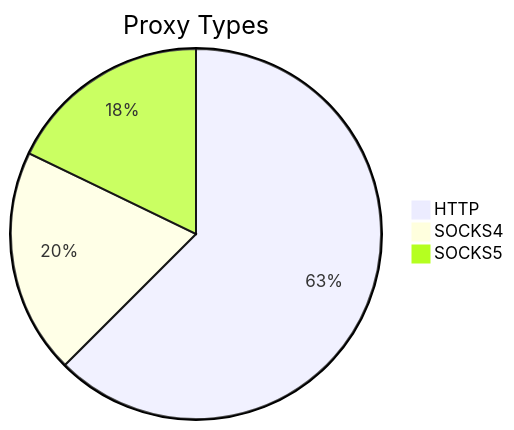
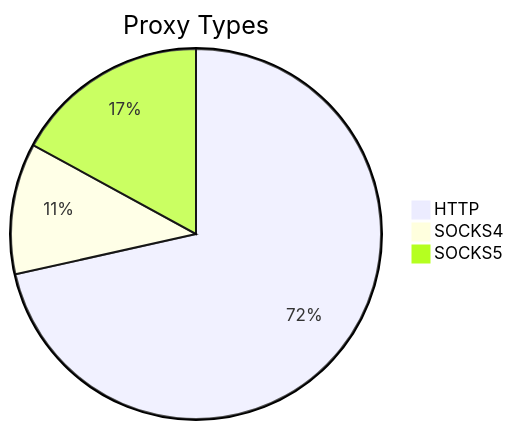
The first of 2 diagrams in README.md (stormsia/proxy-list), drawn with Mermaid before and after one commit. The commit also changed other lines of this file, not shown here.

````diff
--- a/README.md
+++ b/README.md
@@ -21,6 +21,6 @@
 ```mermaid
 pie title Proxy Types
-    "HTTP" : 410
-    "SOCKS4" : 129
-    "SOCKS5" : 117
+    "HTTP" : 281
+    "SOCKS4" : 45
+    "SOCKS5" : 67
 ```
````
